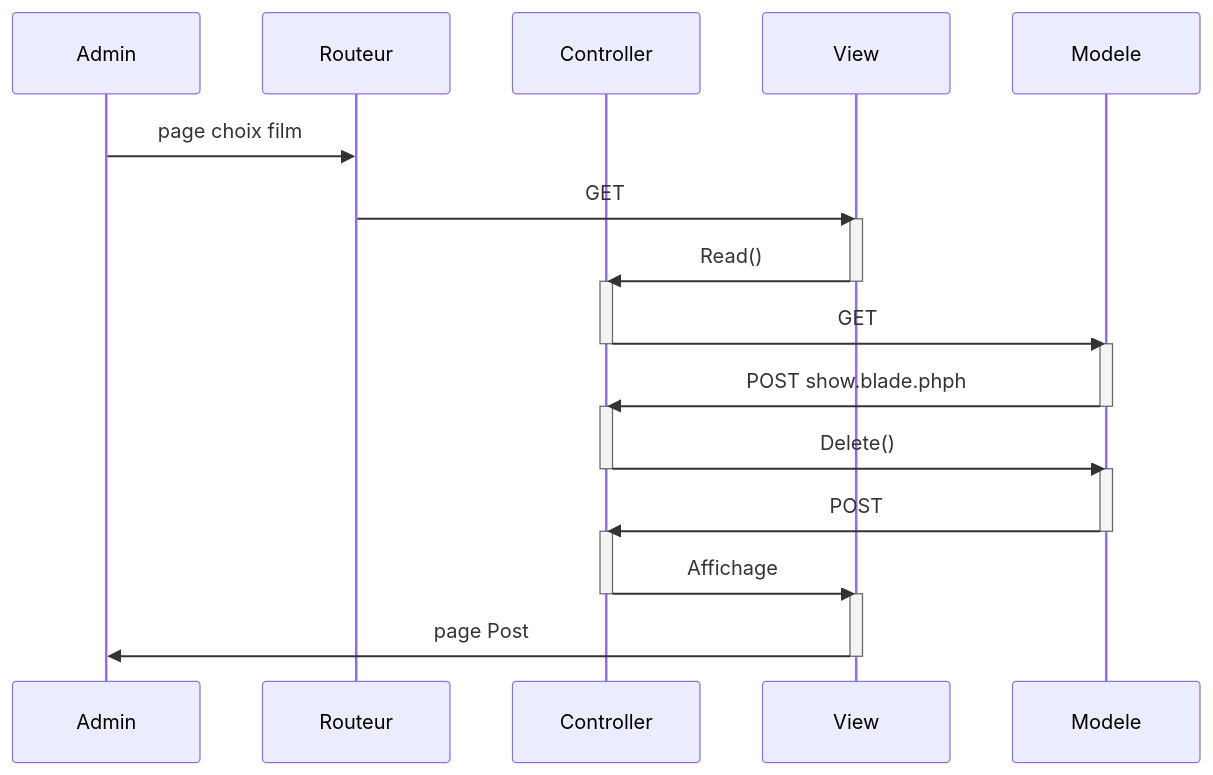
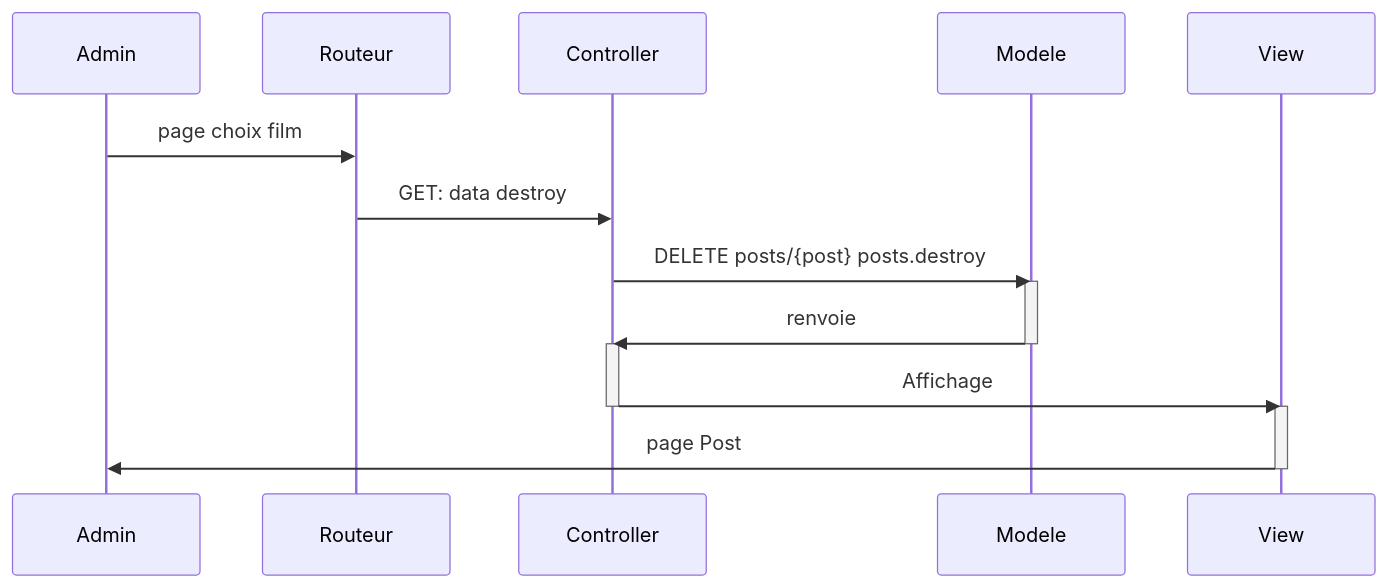
One commit to ggreg-T/sprint-07 changed the fourth of 5 diagrams in README.md. Above: the diagram before and after it, drawn with Mermaid. The commit also changed other lines of this file, not shown here.

Commit message:
Mise à jour UML

````diff
--- a/README.md
+++ b/README.md
@@ -114,36 +109,29 @@
 ```mermaid
 sequenceDiagram
     participant Admin
     participant Routeur
     participant Controller
+    participant Modele
     participant View
-    participant Modele
 
     Admin->>Routeur : page choix film
 
-    Routeur->>View: GET
-    activate View
-    View->> Controller: Read()
-    deactivate View
-    activate Controller
-    Controller->>Modele: GET
-     deactivate Controller
-    activate Modele
-    Modele ->> Controller : POST show.blade.phph
+    Routeur->>Controller: GET: data destroy
 
-     deactivate Modele
-    activate Controller
-     Controller->>Modele:Delete()
-     deactivate Controller
+     Controller->>Modele: DELETE posts/{post} posts.destroy
+
+
+
+
      activate Modele
-     Modele ->> Controller: POST
+     Modele ->> Controller: renvoie
      deactivate Modele
      activate Controller
      Controller ->> View : Affichage
       deactivate Controller
       activate View
     View ->> Admin : page Post
     deactivate View
 
 
 ```
````
